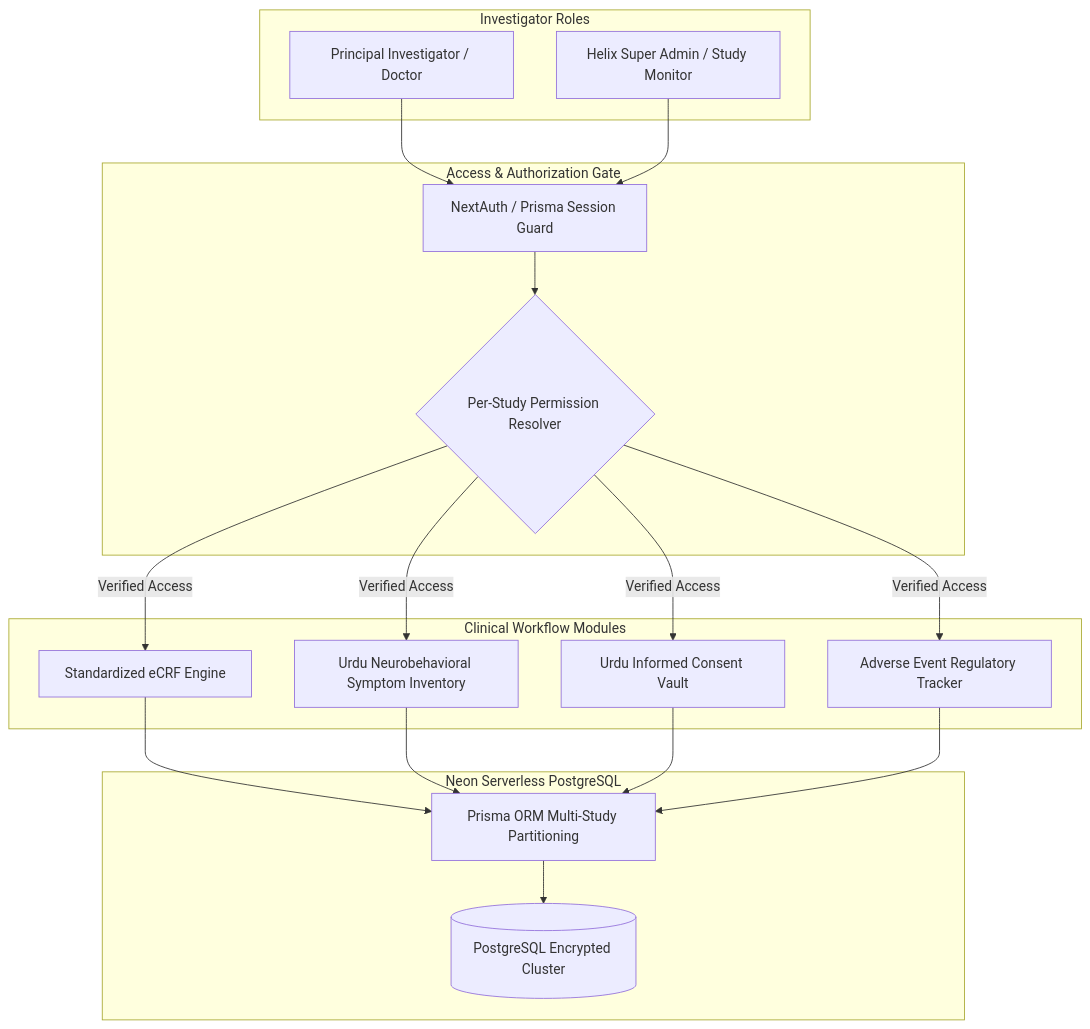
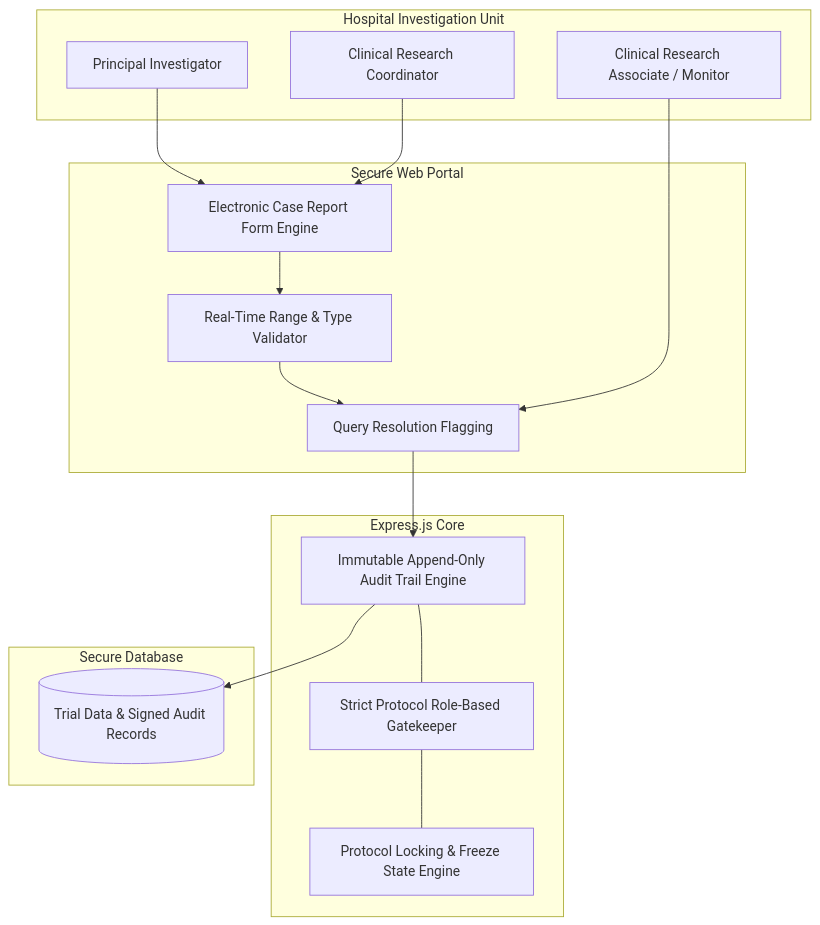
One commit to MuhammadRayyan08/helix-crf-clinical-trials changed the diagram in README.md. Above: the diagram before and after it, drawn with Mermaid. The commit also changed other lines of this file, not shown here.

Commit message:
Streamline README: remove icons and condense architecture overview

````diff
--- a/README.md
+++ b/README.md
@@ -26,37 +22,31 @@
 ```mermaid
-graph TD
-    subgraph Investigator Roles
-        DOC[Principal Investigator / Doctor]
-        ADMIN[Helix Super Admin / Study Monitor]
+flowchart TD
+    subgraph Clinical Trial Site [Hospital Investigation Unit]
+        PI[Principal Investigator]
+        CRC[Clinical Research Coordinator]
+        MONITOR[Clinical Research Associate / Monitor]
     end
 
-    subgraph Access & Authorization Gate
-        AUTH[NextAuth / Prisma Session Guard]
-        SCOPE{Per-Study Permission Resolver}
-        AUTH --> SCOPE
+    subgraph Data Capture Tier [Secure Web Portal]
+        FORM[Electronic Case Report Form Engine]
+        VAL[Real-Time Range & Type Validator]
+        QUERY[Query Resolution Flagging]
+        FORM --> VAL --> QUERY
     end
 
-    subgraph Clinical Workflow Modules
-        CRF[Standardized eCRF Engine]
-        NSI[Urdu Neurobehavioral Symptom Inventory]
-        CONSENT[Urdu Informed Consent Vault]
-        AE[Adverse Event Regulatory Tracker]
+    subgraph Audit & Security Tier [Express.js Core]
+        AUDIT[Immutable Append-Only Audit Trail Engine]
+        ROLES[Strict Protocol Role-Based Gatekeeper]
+        LOCK[Protocol Locking & Freeze State Engine]
+        AUDIT --- ROLES --- LOCK
     end
 
-    subgraph Data & Persistence [Neon Serverless PostgreSQL]
-        PRISMA[Prisma ORM Multi-Study Partitioning]
-        DB[(PostgreSQL Encrypted Cluster)]
-        PRISMA --> DB
+    subgraph Storage [Secure Database]
+        DB[(Trial Data & Signed Audit Records)]
+        QUERY --> AUDIT --> DB
     end
 
-    DOC --> AUTH
-    ADMIN --> AUTH
-    SCOPE -- Verified Access --> CRF
-    SCOPE -- Verified Access --> NSI
-    SCOPE -- Verified Access --> CONSENT
-    SCOPE -- Verified Access --> AE
-    CRF --> PRISMA
-    NSI --> PRISMA
-    CONSENT --> PRISMA
-    AE --> PRISMA
+    PI --> FORM
+    CRC --> FORM
+    MONITOR --> QUERY
 ```
````
